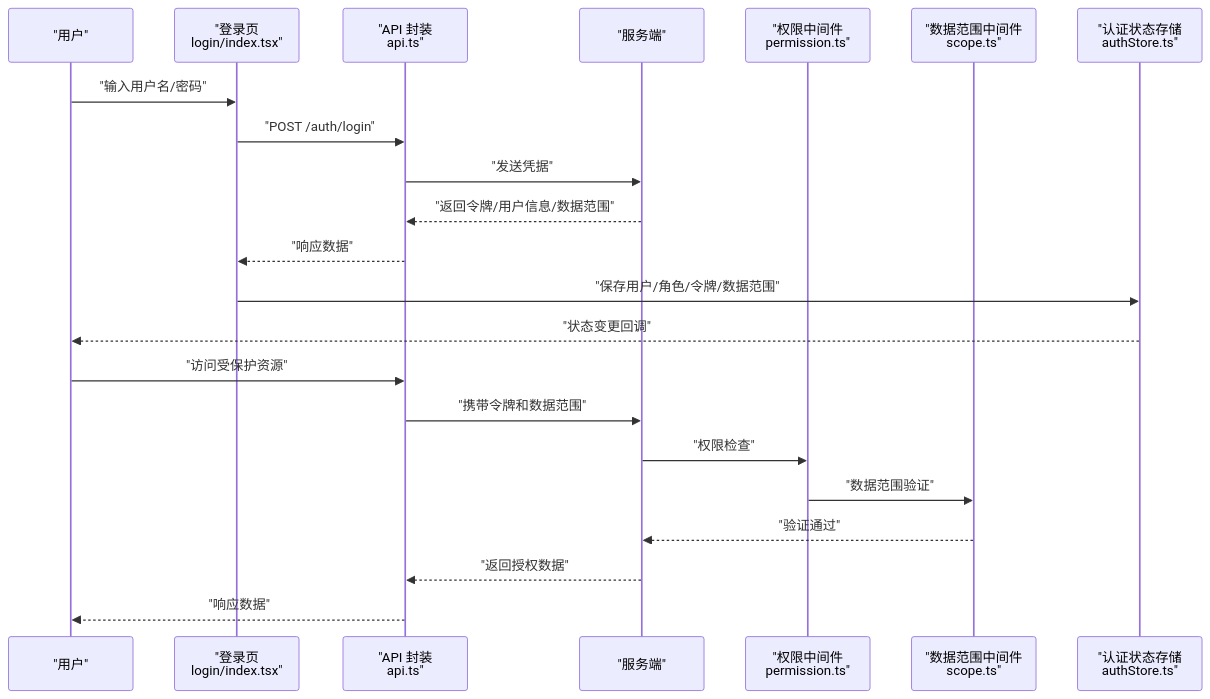
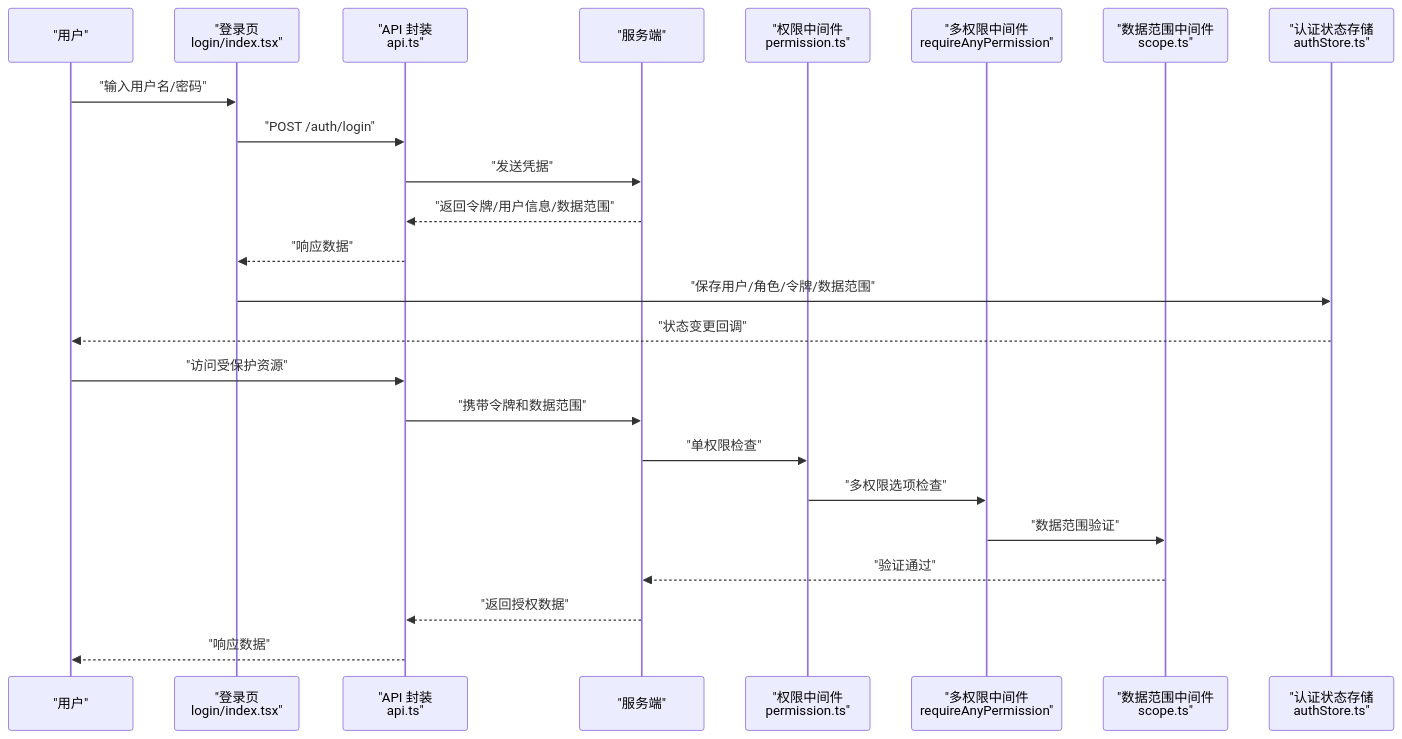
Before and after one commit to Damao997/newproject: the second of 9 diagrams in .qoder/repowiki/zh/content/安全指南/认证与授权安全.md, drawn with Mermaid. The commit also changed other lines of this file and 62 other files, not shown here.

````diff
--- a/.qoder/repowiki/zh/content/安全指南/认证与授权安全.md
+++ b/.qoder/repowiki/zh/content/安全指南/认证与授权安全.md
@@ -121,24 +110,26 @@
 ```mermaid
 sequenceDiagram
 participant U as "用户"
 participant L as "登录页<br/>login/index.tsx"
 participant A as "API 封装<br/>api.ts"
 participant S as "服务端"
-participant M as "权限中间件<br/>permission.ts"
+participant PM as "权限中间件<br/>permission.ts"
+participant MPM as "多权限中间件<br/>requireAnyPermission"
 participant SC as "数据范围中间件<br/>scope.ts"
 participant ST as "认证状态存储<br/>authStore.ts"
 U->>L : "输入用户名/密码"
 L->>A : "POST /auth/login"
 A->>S : "发送凭据"
 S-->>A : "返回令牌/用户信息/数据范围"
 A-->>L : "响应数据"
 L->>ST : "保存用户/角色/令牌/数据范围"
 ST-->>U : "状态变更回调"
 U->>A : "访问受保护资源"
 A->>S : "携带令牌和数据范围"
-S->>M : "权限检查"
-M->>SC : "数据范围验证"
+S->>PM : "单权限检查"
+PM->>MPM : "多权限选项检查"
+MPM->>SC : "数据范围验证"
 SC-->>S : "验证通过"
 S-->>A : "返回授权数据"
 A-->>U : "响应数据"
 ```
````
